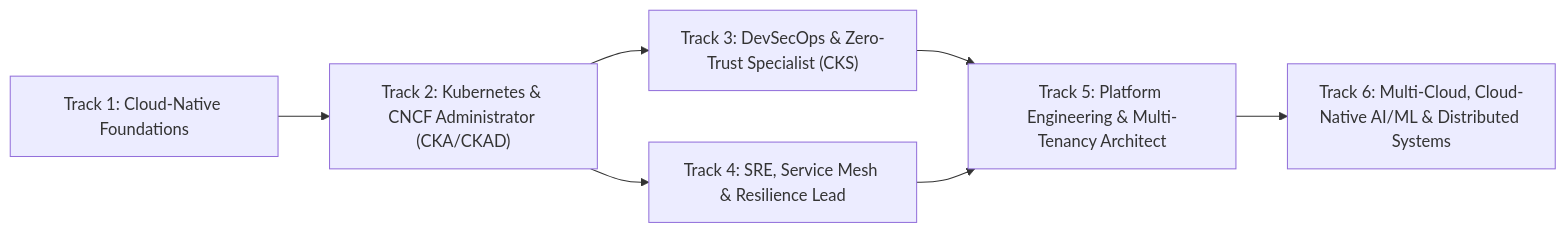
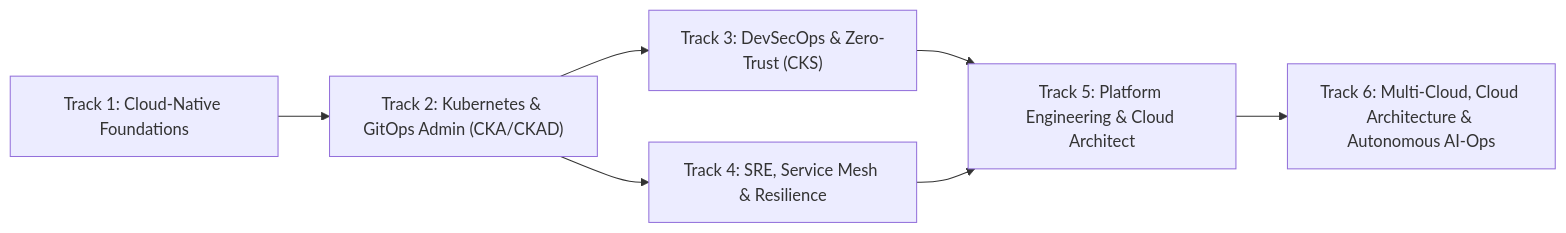
The diagram in docs/07-CURRICULUM-CATALOG.md (dayashimoga/aetherlabs), drawn with Mermaid before and after one commit. The commit also changed other lines of this file and 6 other files, not shown here.

````diff
--- a/docs/07-CURRICULUM-CATALOG.md
+++ b/docs/07-CURRICULUM-CATALOG.md
@@ -11,9 +11,9 @@
 ```mermaid
 flowchart LR
-    T1["Track 1: Cloud-Native Foundations"] --> T2["Track 2: Kubernetes & CNCF Administrator (CKA/CKAD)"]
-    T2 --> T3["Track 3: DevSecOps & Zero-Trust Specialist (CKS)"]
-    T2 --> T4["Track 4: SRE, Service Mesh & Resilience Lead"]
-    T3 --> T5["Track 5: Platform Engineering & Multi-Tenancy Architect"]
+    T1["Track 1: Cloud-Native Foundations"] --> T2["Track 2: Kubernetes & GitOps Admin (CKA/CKAD)"]
+    T2 --> T3["Track 3: DevSecOps & Zero-Trust (CKS)"]
+    T2 --> T4["Track 4: SRE, Service Mesh & Resilience"]
+    T3 --> T5["Track 5: Platform Engineering & Cloud Architect"]
     T4 --> T5
-    T5 --> T6["Track 6: Multi-Cloud, Cloud-Native AI/ML & Distributed Systems"]
+    T5 --> T6["Track 6: Multi-Cloud, Cloud Architecture & Autonomous AI-Ops"]
 ```
````
